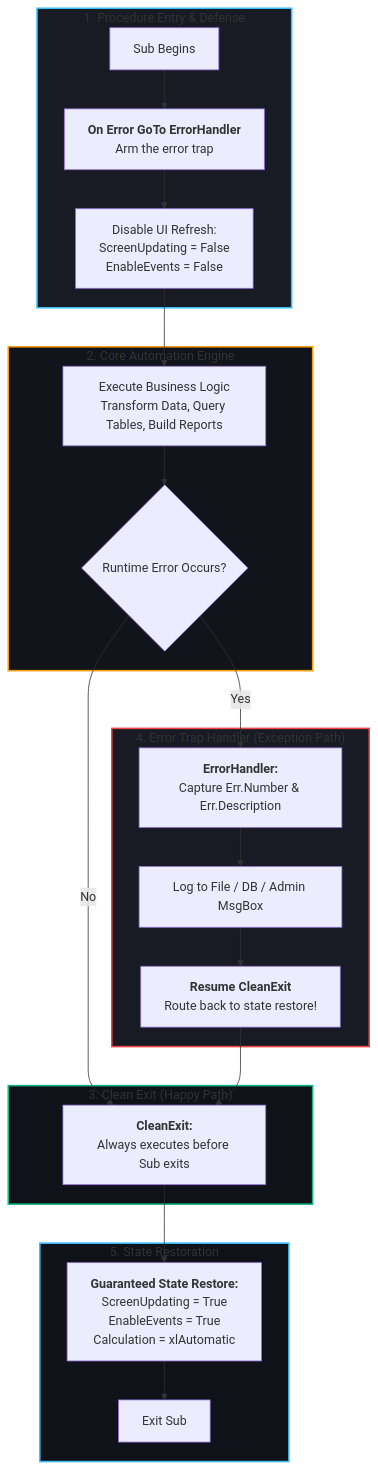
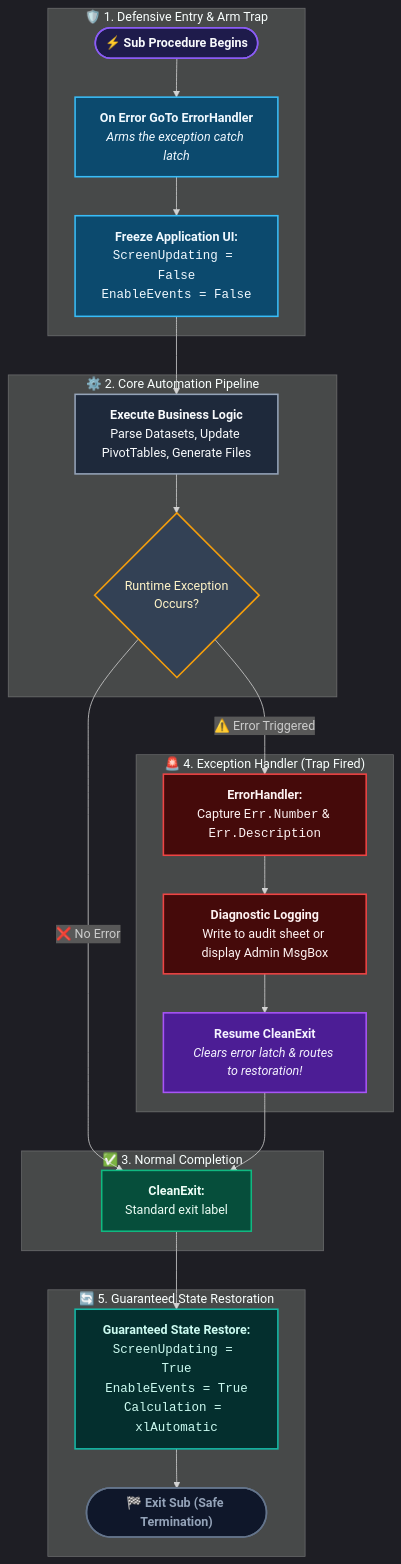
The diagram in 06 - Debugging & Reliability/Error Handling/Error Handling.md (Sohila-Khaled-Abbas/Excel-VBA-Second-Brain), drawn with Mermaid before and after one commit. The commit also changed 23 other files, not shown here.

Commit message:
feat: modernize vault diagrams with dark-theme Excel mockup UI, responsive card grids, and high-contrast Mermaid themes

````diff
--- a/06 - Debugging & Reliability/Error Handling/Error Handling.md
+++ b/06 - Debugging & Reliability/Error Handling/Error Handling.md
@@ -35,34 +35,39 @@
 ```mermaid
+%%{init: {'theme': 'dark', 'themeVariables': { 'darkMode': true, 'fontFamily': 'Inter, sans-serif' }}}%%
 flowchart TD
-    subgraph Setup["1. Procedure Entry & Defense"]
-        A["Sub Begins"] --> B["<b>On Error GoTo ErrorHandler</b><br/>Arm the error trap"]
-        B --> C["Disable UI Refresh:<br/>ScreenUpdating = False<br/>EnableEvents = False"]
+    subgraph Setup["🛡️ 1. Defensive Entry & Arm Trap"]
+        A(["⚡ <b>Sub Procedure Begins</b>"]):::startNode --> B["<b>On Error GoTo ErrorHandler</b><br/><i>Arms the exception catch latch</i>"]:::entryNode
+        B --> C["<b>Freeze Application UI:</b><br/><code>ScreenUpdating = False</code><br/><code>EnableEvents = False</code>"]:::entryNode
     end
 
-    subgraph BusinessLogic["2. Core Automation Engine"]
-        C --> D["Execute Business Logic<br/>Transform Data, Query Tables, Build Reports"]
-        D --> E{"Runtime Error Occurs?"}
+    subgraph BusinessLogic["⚙️ 2. Core Automation Pipeline"]
+        C --> D["<b>Execute Business Logic</b><br/>Parse Datasets, Update PivotTables, Generate Files"]:::logicNode
+        D --> E{"Runtime Exception<br/>Occurs?"}:::decisionNode
     end
 
-    subgraph HappyPath["3. Clean Exit (Happy Path)"]
-        E -- No --> CE["<b>CleanExit:</b><br/>Always executes before Sub exits"]
+    subgraph HappyPath["✅ 3. Normal Completion"]
+        E -- "❌ No Error" --> CE["<b>CleanExit:</b><br/>Standard exit label"]:::cleanNode
     end
 
-    subgraph TrapPath["4. Error Trap Handler (Exception Path)"]
-        E -- Yes --> EH["<b>ErrorHandler:</b><br/>Capture Err.Number & Err.Description"]
-        EH --> LOG["Log to File / DB / Admin MsgBox"]
-        LOG --> RES["<b>Resume CleanExit</b><br/>Route back to state restore!"]
+    subgraph TrapPath["🚨 4. Exception Handler (Trap Fired)"]
+        E -- "⚠️ Error Triggered" --> EH["<b>ErrorHandler:</b><br/>Capture <code>Err.Number</code> & <code>Err.Description</code>"]:::trapNode
+        EH --> LOG["<b>Diagnostic Logging</b><br/>Write to audit sheet or display Admin MsgBox"]:::trapNode
+        LOG --> RES["<b>Resume CleanExit</b><br/><i>Clears error latch & routes to restoration!</i>"]:::resumeNode
         RES --> CE
     end
 
-    subgraph Restore["5. State Restoration"]
-        CE --> RESTORE["<b>Guaranteed State Restore:</b><br/>ScreenUpdating = True<br/>EnableEvents = True<br/>Calculation = xlAutomatic"]
-        RESTORE --> DONE["Exit Sub"]
+    subgraph Restore["🔄 5. Guaranteed State Restoration"]
+        CE --> RESTORE["<b>Guaranteed State Restore:</b><br/><code>ScreenUpdating = True</code><br/><code>EnableEvents = True</code><br/><code>Calculation = xlAutomatic</code>"]:::restoreNode
+        RESTORE --> DONE(["🏁 <b>Exit Sub (Safe Termination)</b>"]):::endNode
     end
 
-    style Setup fill:#181a24,stroke:#38bdf8,stroke-width:2px
-    style BusinessLogic fill:#12141c,stroke:#f59e0b,stroke-width:2px
-    style HappyPath fill:#10121a,stroke:#10b981,stroke-width:2px
-    style TrapPath fill:#181a24,stroke:#ef4444,stroke-width:2px
-    style Restore fill:#10121a,stroke:#38bdf8,stroke-width:2px
+    classDef startNode fill:#1e1b4b,stroke:#8b5cf6,stroke-width:2px,color:#f8fafc;
+    classDef entryNode fill:#0c4a6e,stroke:#38bdf8,stroke-width:2px,color:#f0f9ff;
+    classDef logicNode fill:#1e293b,stroke:#94a3b8,stroke-width:2px,color:#f8fafc;
+    classDef decisionNode fill:#334155,stroke:#f59e0b,stroke-width:2px,color:#fef3c7;
+    classDef cleanNode fill:#064e3b,stroke:#10b981,stroke-width:2px,color:#ecfdf5;
+    classDef trapNode fill:#450a0a,stroke:#ef4444,stroke-width:2px,color:#fef2f2;
+    classDef resumeNode fill:#4c1d95,stroke:#a855f7,stroke-width:2px,color:#f5f3ff;
+    classDef restoreNode fill:#042f2e,stroke:#14b8a6,stroke-width:2px,color:#ccfbf1;
+    classDef endNode fill:#0f172a,stroke:#64748b,stroke-width:2px,color:#94a3b8;
 ```
````
